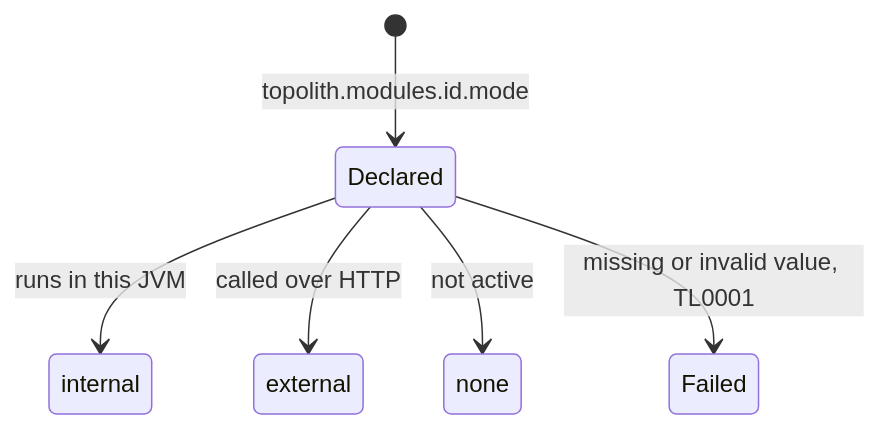
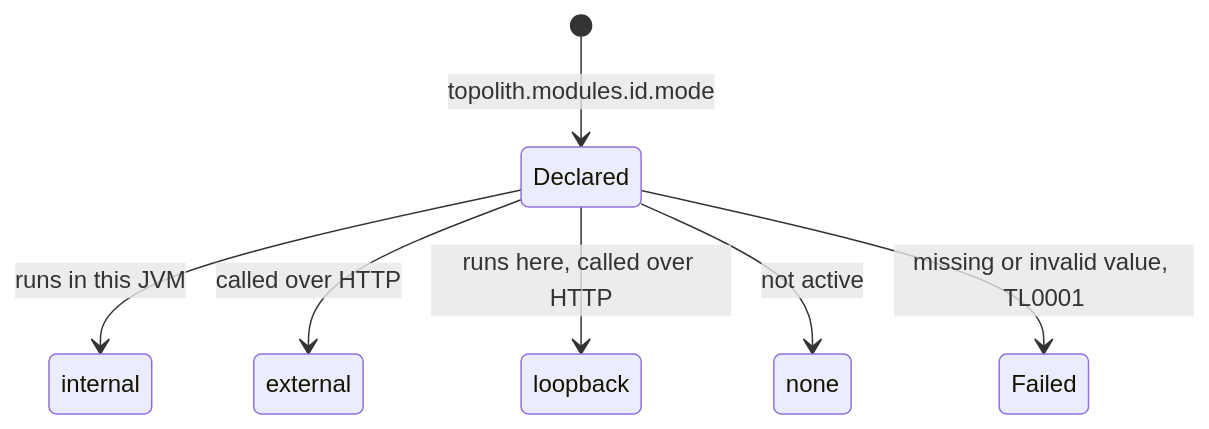
One commit to rey5137/topolith changed the diagram in docs/site/docs/modes.md. Above: the diagram before and after it, drawn with Mermaid. The commit also changed other lines of this file and 13 other files, not shown here.

````diff
--- a/docs/site/docs/modes.md
+++ b/docs/site/docs/modes.md
@@ -6,8 +6,9 @@
 ```mermaid
 stateDiagram-v2
     [*] --> Declared: topolith.modules.id.mode
     Declared --> internal: runs in this JVM
     Declared --> external: called over HTTP
+    Declared --> loopback: runs here, called over HTTP
     Declared --> none: not active
     Declared --> Failed: missing or invalid value, TL0001
 ```
````
